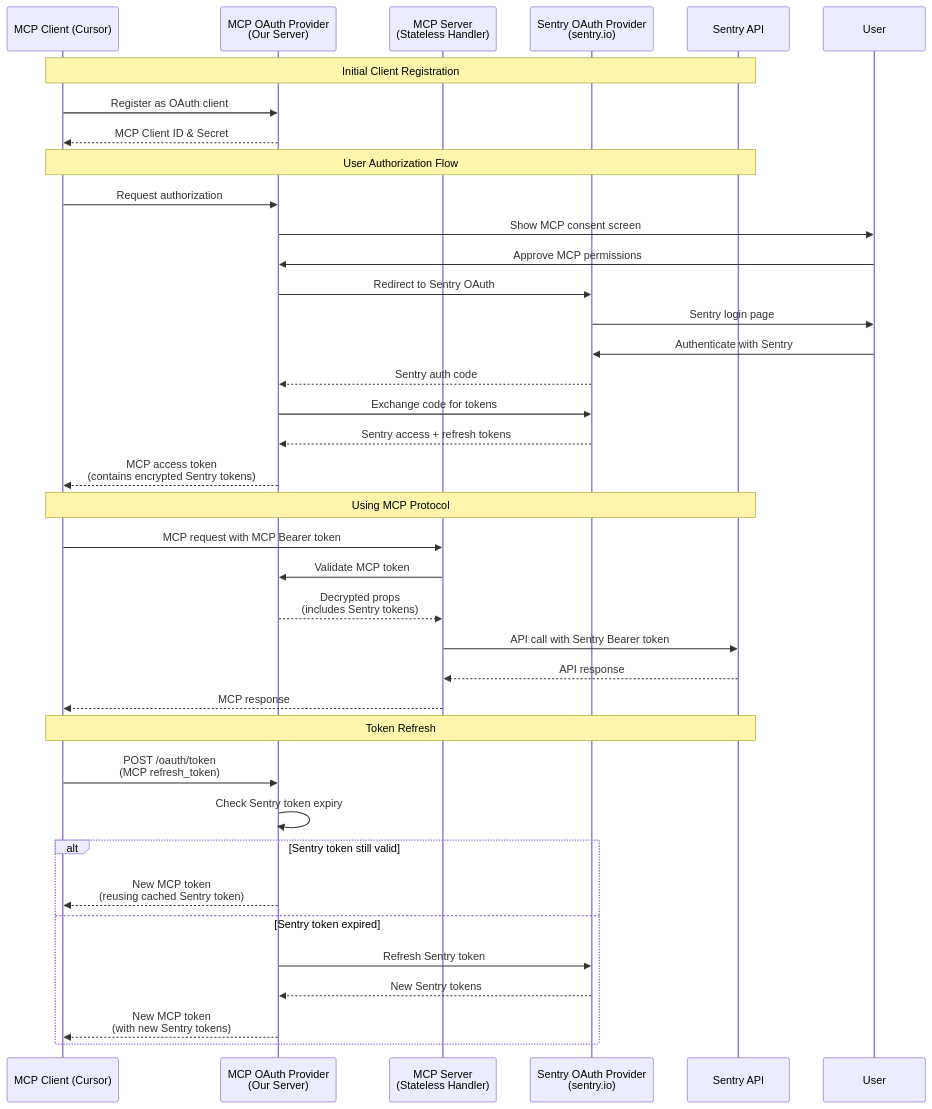
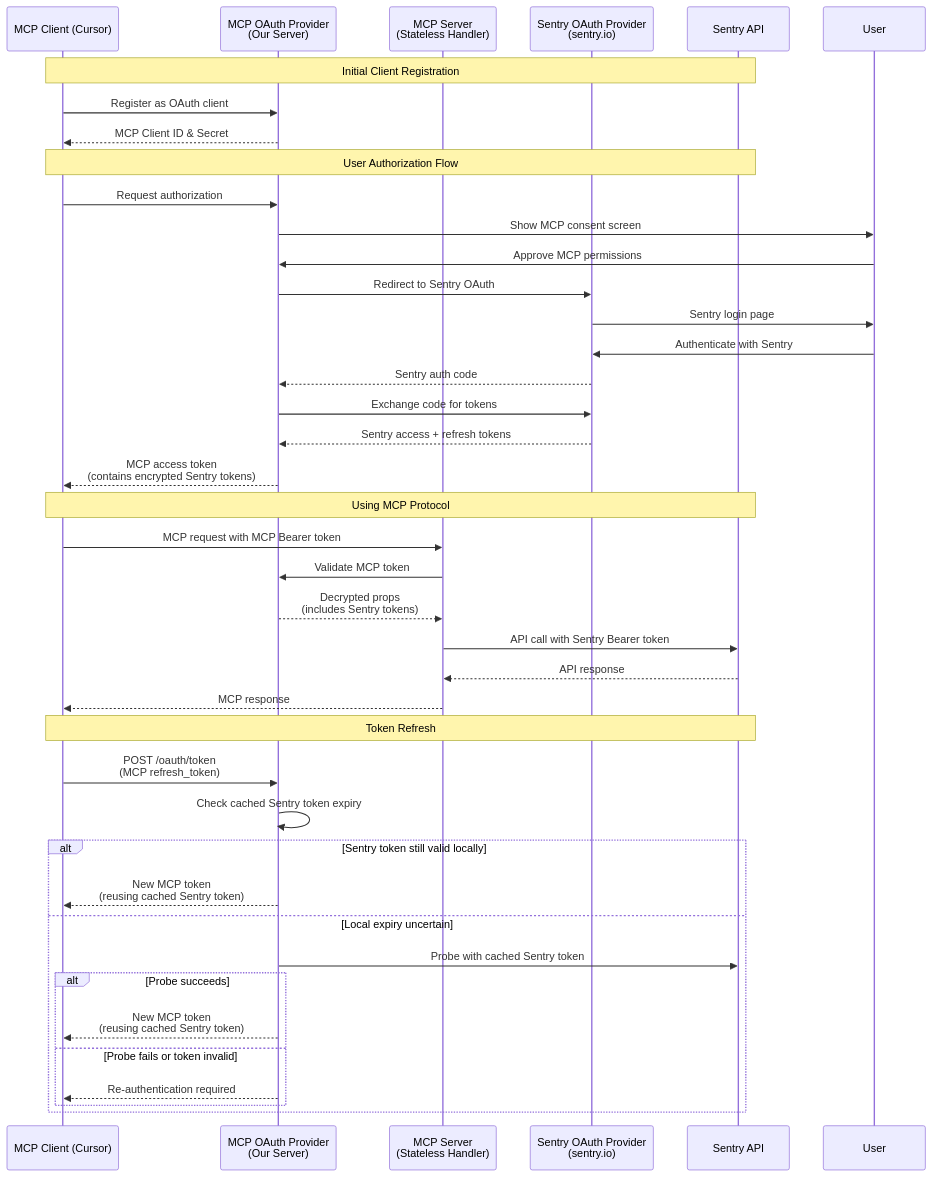
One commit to getsentry/sentry-mcp changed the first of 2 diagrams in docs/cloudflare/oauth-architecture.md. Above: the diagram before and after it, drawn with Mermaid. The commit also changed other lines of this file and 20 other files, not shown here.

First line of the commit message:
fix(cloudflare): Stabilize MCP OAuth refresh reuse (#882)

````diff
--- a/docs/cloudflare/oauth-architecture.md
+++ b/docs/cloudflare/oauth-architecture.md
@@ -31,44 +31,47 @@
 ```mermaid
 sequenceDiagram
     participant Client as MCP Client (Cursor)
     participant MCPOAuth as MCP OAuth Provider<br/>(Our Server)
     participant MCP as MCP Server<br/>(Stateless Handler)
     participant SentryOAuth as Sentry OAuth Provider<br/>(sentry.io)
     participant SentryAPI as Sentry API
     participant User as User
 
     Note over Client,SentryAPI: Initial Client Registration
     Client->>MCPOAuth: Register as OAuth client
     MCPOAuth-->>Client: MCP Client ID & Secret
 
     Note over Client,SentryAPI: User Authorization Flow
     Client->>MCPOAuth: Request authorization
     MCPOAuth->>User: Show MCP consent screen
     User->>MCPOAuth: Approve MCP permissions
     MCPOAuth->>SentryOAuth: Redirect to Sentry OAuth
     SentryOAuth->>User: Sentry login page
     User->>SentryOAuth: Authenticate with Sentry
     SentryOAuth-->>MCPOAuth: Sentry auth code
     MCPOAuth->>SentryOAuth: Exchange code for tokens
     SentryOAuth-->>MCPOAuth: Sentry access + refresh tokens
     MCPOAuth-->>Client: MCP access token<br/>(contains encrypted Sentry tokens)
 
     Note over Client,SentryAPI: Using MCP Protocol
     Client->>MCP: MCP request with MCP Bearer token
     MCP->>MCPOAuth: Validate MCP token
     MCPOAuth-->>MCP: Decrypted props<br/>(includes Sentry tokens)
     MCP->>SentryAPI: API call with Sentry Bearer token
     SentryAPI-->>MCP: API response
     MCP-->>Client: MCP response
 
     Note over Client,SentryAPI: Token Refresh
     Client->>MCPOAuth: POST /oauth/token<br/>(MCP refresh_token)
-    MCPOAuth->>MCPOAuth: Check Sentry token expiry
-    alt Sentry token still valid
+    MCPOAuth->>MCPOAuth: Check cached Sentry token expiry
+    alt Sentry token still valid locally
         MCPOAuth-->>Client: New MCP token<br/>(reusing cached Sentry token)
-    else Sentry token expired
-        MCPOAuth->>SentryOAuth: Refresh Sentry token
-        SentryOAuth-->>MCPOAuth: New Sentry tokens
-        MCPOAuth-->>Client: New MCP token<br/>(with new Sentry tokens)
+    else Local expiry uncertain
+        MCPOAuth->>SentryAPI: Probe with cached Sentry token
+        alt Probe succeeds
+            MCPOAuth-->>Client: New MCP token<br/>(reusing cached Sentry token)
+        else Probe fails or token invalid
+            MCPOAuth-->>Client: Re-authentication required
+        end
     end
 ```
````
